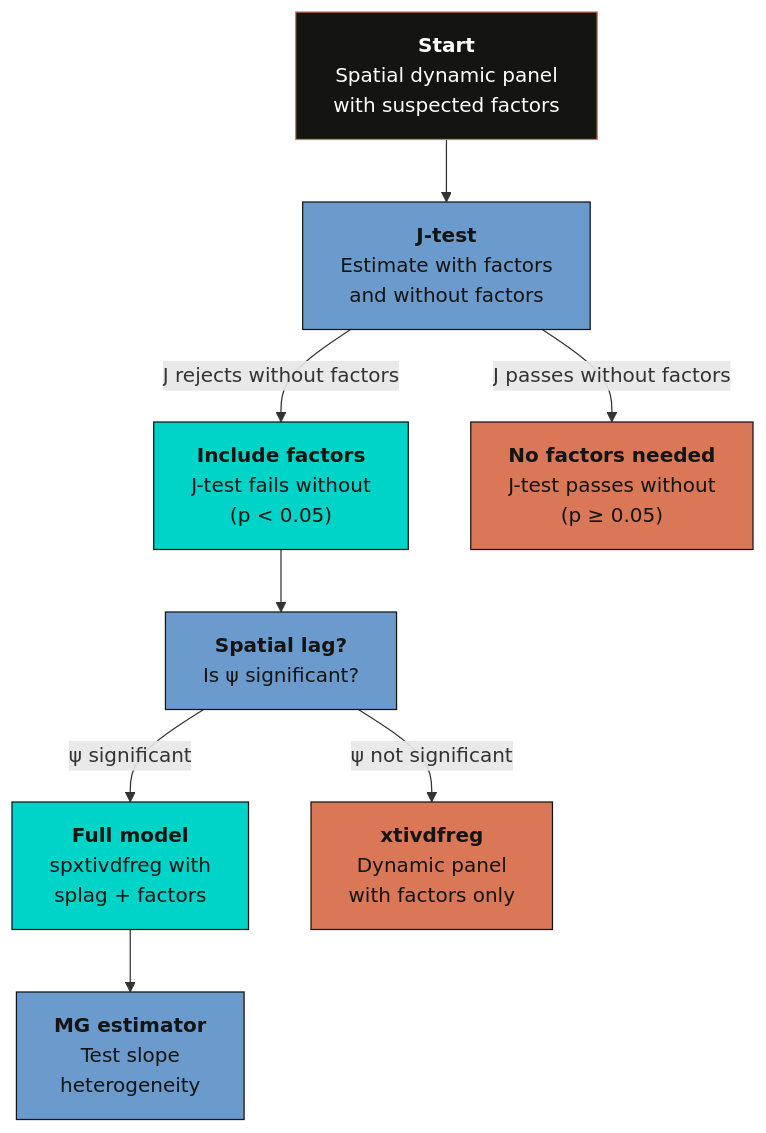
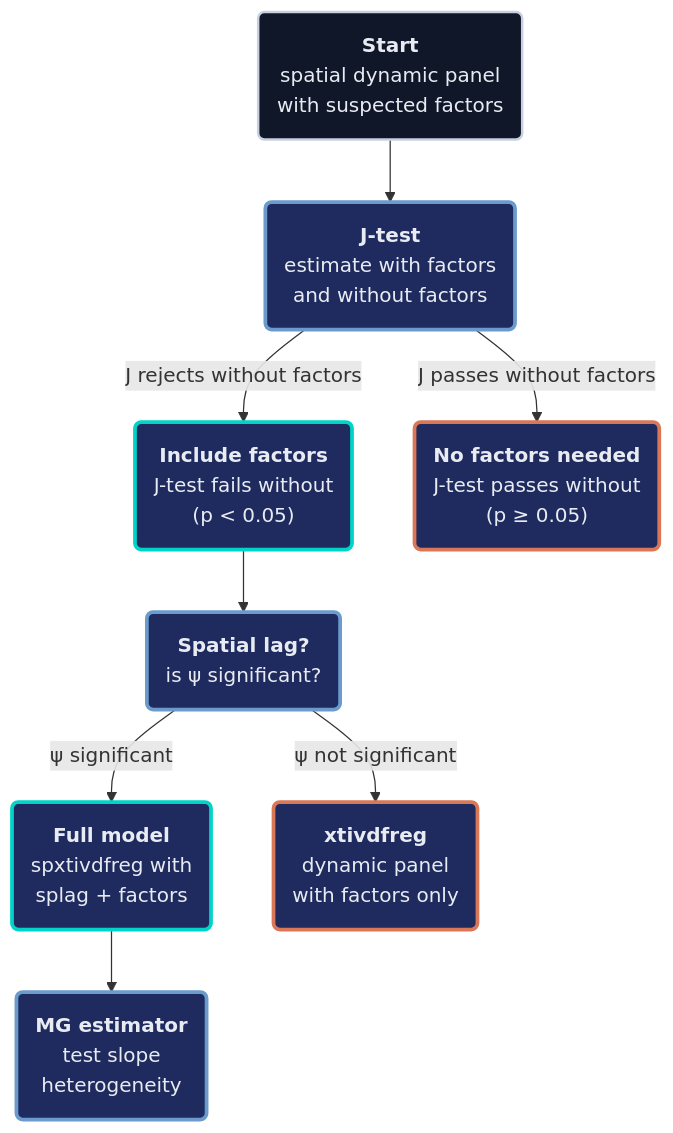
The fourth of 4 diagrams in content/post/stata_spxtivdfreg/index.md (cmg777/starter-academic-v501), drawn with Mermaid before and after one commit. The commit also changed other lines of this file and 10 other files, not shown here.

First line of the commit message:
content(mermaid): restyle flowcharts in Stata posts (batch 2 of 2) and the EM publication (EN/ES/JA); add log

````diff
--- a/content/post/stata_spxtivdfreg/index.md
+++ b/content/post/stata_spxtivdfreg/index.md
@@ -706,28 +711,27 @@
 ```mermaid
 graph TD
-    START["<b>Start</b><br/>Spatial dynamic panel<br/>with suspected factors"]
-    JTEST["<b>J-test</b><br/>Estimate with factors<br/>and without factors"]
-    FACTORS["<b>Include factors</b><br/>J-test fails without<br/>(p < 0.05)"]
-    NOFACT["<b>No factors needed</b><br/>J-test passes without<br/>(p ≥ 0.05)"]
-    SPLAG["<b>Spatial lag?</b><br/>Is ψ significant?"]
-    FULL["<b>Full model</b><br/>spxtivdfreg with<br/>splag + factors"]
-    NOSPL["<b>xtivdfreg</b><br/>Dynamic panel<br/>with factors only"]
-    MG["<b>MG estimator</b><br/>Test slope<br/>heterogeneity"]
+    START("<b>Start</b><br/>spatial dynamic panel<br/>with suspected factors")
+    JTEST("<b>J-test</b><br/>estimate with factors<br/>and without factors")
+    FACTORS("<b>Include factors</b><br/>J-test fails without<br/>(p < 0.05)")
+    NOFACT("<b>No factors needed</b><br/>J-test passes without<br/>(p ≥ 0.05)")
+    SPLAG("<b>Spatial lag?</b><br/>is ψ significant?")
+    FULL("<b>Full model</b><br/>spxtivdfreg with<br/>splag + factors")
+    NOSPL("<b>xtivdfreg</b><br/>dynamic panel<br/>with factors only")
+    MG("<b>MG estimator</b><br/>test slope<br/>heterogeneity")
 
     START --> JTEST
     JTEST -->|"J rejects without factors"| FACTORS
     JTEST -->|"J passes without factors"| NOFACT
     FACTORS --> SPLAG
     SPLAG -->|"ψ significant"| FULL
     SPLAG -->|"ψ not significant"| NOSPL
     FULL --> MG
-
-    style START fill:#141413,stroke:#d97757,color:#fff
-    style JTEST fill:#6a9bcc,stroke:#141413,color:#141413
-    style FACTORS fill:#00d4c8,stroke:#141413,color:#141413
-    style NOFACT fill:#d97757,stroke:#141413,color:#141413
-    style SPLAG fill:#6a9bcc,stroke:#141413,color:#141413
-    style FULL fill:#00d4c8,stroke:#141413,color:#141413
-    style NOSPL fill:#d97757,stroke:#141413,color:#141413
-    style MG fill:#6a9bcc,stroke:#141413,color:#141413
+    classDef anchor fill:#0f1729,stroke:#c8d0e0,stroke-width:2px,color:#e8ecf2
+    classDef blue fill:#1f2b5e,stroke:#6a9bcc,stroke-width:3px,color:#e8ecf2
+    classDef teal fill:#1f2b5e,stroke:#00d4c8,stroke-width:3px,color:#e8ecf2
+    classDef orange fill:#1f2b5e,stroke:#d97757,stroke-width:3px,color:#e8ecf2
+    class START anchor
+    class JTEST,SPLAG,MG blue
+    class FACTORS,FULL teal
+    class NOFACT,NOSPL orange
 ```
````
